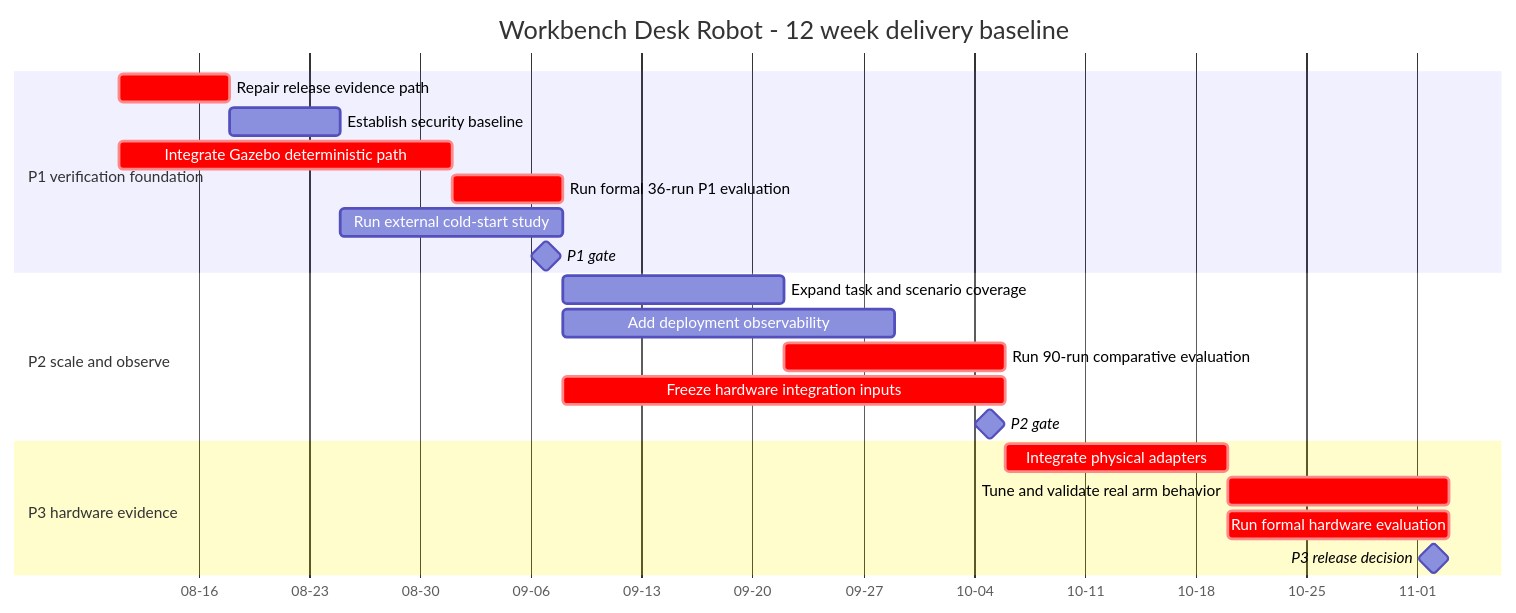
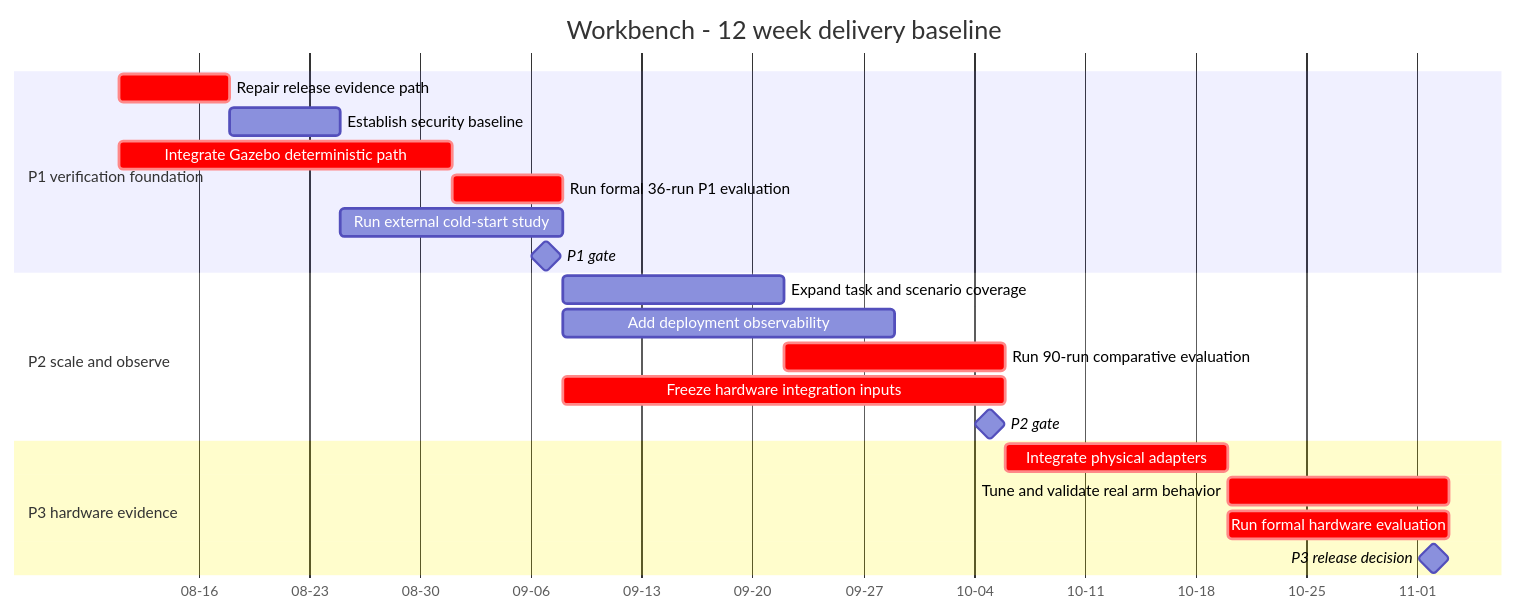
Before and after one commit to Quchaosheng/workbench-mobile-home-robot: the diagram in docs/project-management/plan.md, drawn with Mermaid. The commit also changed 13 other files, not shown here.

First line of the commit message:
docs: align repository naming with workbench-mobile-home-robot

````diff
--- a/docs/project-management/plan.md
+++ b/docs/project-management/plan.md
@@ -12,27 +12,27 @@
 ```mermaid
 gantt
-    title Workbench Desk Robot - 12 week delivery baseline
+    title Workbench - 12 week delivery baseline
     dateFormat  YYYY-MM-DD
     axisFormat  %m-%d
 
     section P1 verification foundation
     Repair release evidence path          :crit, p1_release, 2026-08-11, 7d
     Establish security baseline           :p1_security, 2026-08-18, 7d
     Integrate Gazebo deterministic path    :crit, p1_sim, 2026-08-11, 21d
     Run formal 36-run P1 evaluation       :crit, p1_eval, after p1_sim, 7d
     Run external cold-start study         :p1_external, 2026-08-25, 14d
     P1 gate                               :milestone, p1_gate, 2026-09-07, 0d
 
     section P2 scale and observe
     Expand task and scenario coverage     :p2_tasks, 2026-09-08, 14d
     Add deployment observability          :p2_ops, 2026-09-08, 21d
     Run 90-run comparative evaluation     :crit, p2_eval, 2026-09-22, 14d
     Freeze hardware integration inputs    :crit, p2_hardware, 2026-09-08, 28d
     P2 gate                               :milestone, p2_gate, 2026-10-05, 0d
 
     section P3 hardware evidence
     Integrate physical adapters           :crit, p3_integrate, 2026-10-06, 14d
     Tune and validate real arm behavior   :crit, p3_tune, after p3_integrate, 14d
     Run formal hardware evaluation        :crit, p3_eval, 2026-10-20, 14d
     P3 release decision                   :milestone, p3_gate, 2026-11-02, 0d
 ```
````
